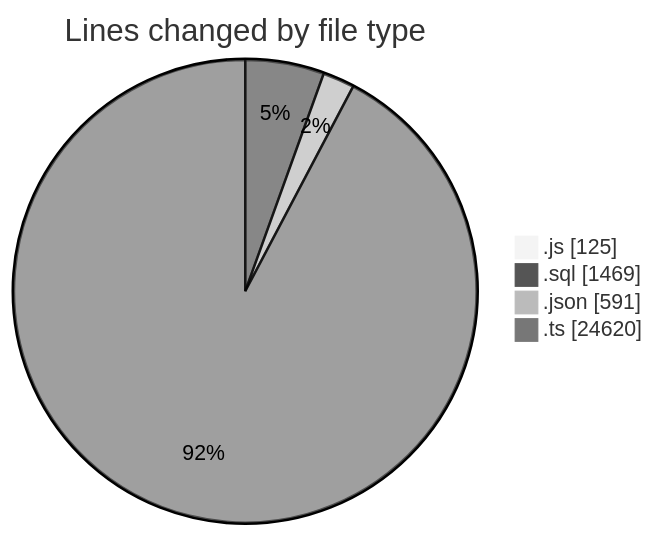
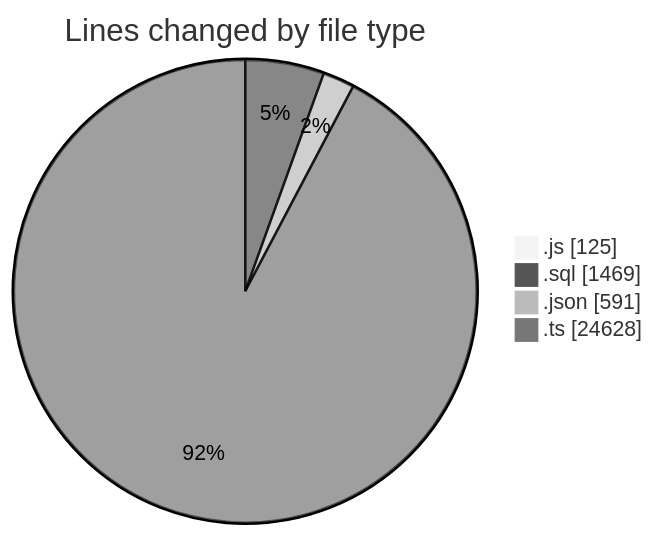
Before and after one commit to momahboobian/code-tracking: the first of 2 diagrams in 2026-05-20/cda/README.md, drawn with Mermaid (neutral theme). The commit also changed other lines of this file and 1 other file, not shown here.

````diff
--- a/2026-05-20/cda/README.md
+++ b/2026-05-20/cda/README.md
@@ -37,8 +37,8 @@
 ```mermaid
 pie showData
 title Lines changed by file type
 ".js" : 125
 ".sql" : 1469
 ".json" : 591
-".ts" : 24620
+".ts" : 24628
 ```
````
